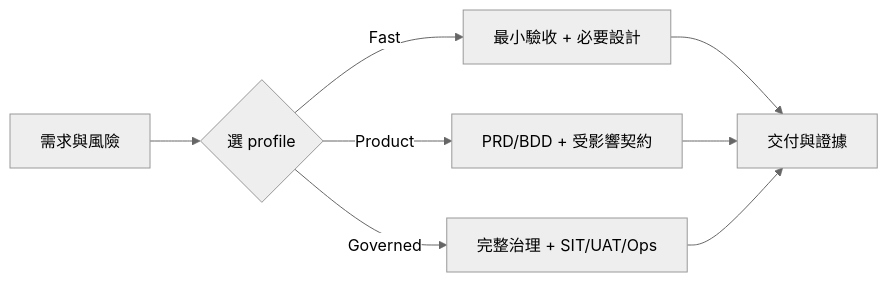
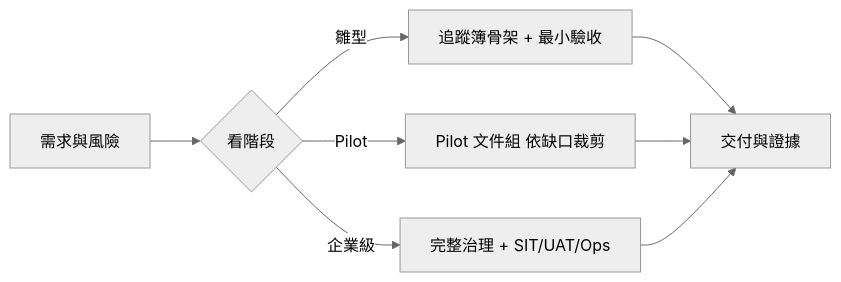
Before and after one commit to Zenobia000/claude-Godzilla-z: the diagram in VibeCoding_Workflow_Templates/INDEX.md, drawn with Mermaid (neutral theme). The commit also changed other lines of this file and 21 other files, not shown here.

````diff
--- a/VibeCoding_Workflow_Templates/INDEX.md
+++ b/VibeCoding_Workflow_Templates/INDEX.md
@@ -35,10 +35,10 @@
 ```mermaid
 flowchart LR
-    A[需求與風險] --> B{選 profile}
-    B -->|Fast| C[最小驗收 + 必要設計]
-    B -->|Product| D[PRD/BDD + 受影響契約]
-    B -->|Governed| E[完整治理 + SIT/UAT/Ops]
+    A[需求與風險] --> B{看階段}
+    B -->|雛型| C[追蹤簿骨架 + 最小驗收]
+    B -->|Pilot| D[Pilot 文件組 依缺口裁剪]
+    B -->|企業級| E[完整治理 + SIT/UAT/Ops]
     C --> F[交付與證據]
     D --> F
     E --> F
 ```
````
